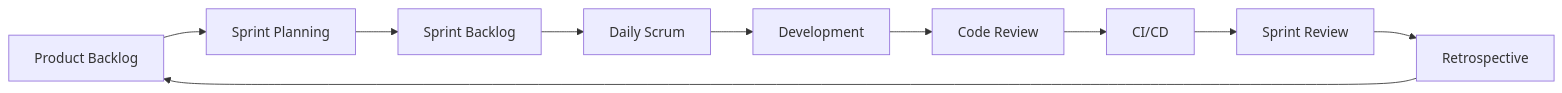
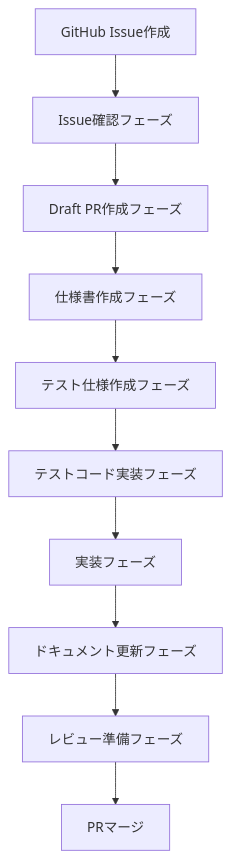
One commit to itdojp/ITDO_ERP2 changed the second of 3 diagrams in docs/design/07_開発計画書.md. Above: the diagram before and after it, drawn with Mermaid. The commit also changed other lines of this file and 5 other files, not shown here.

````diff
--- a/docs/design/07_開発計画書.md
+++ b/docs/design/07_開発計画書.md
@@ -205,12 +209,12 @@
 ```mermaid
-graph LR
-    A[Product Backlog] --> B[Sprint Planning]
-    B --> C[Sprint Backlog]
-    C --> D[Daily Scrum]
-    D --> E[Development]
-    E --> F[Code Review]
-    F --> G[CI/CD]
-    G --> H[Sprint Review]
-    H --> I[Retrospective]
-    I --> A
+graph TD
+    A[GitHub Issue作成] --> B[Issue確認フェーズ]
+    B --> C[Draft PR作成フェーズ]
+    C --> D[仕様書作成フェーズ]
+    D --> E[テスト仕様作成フェーズ]
+    E --> F[テストコード実装フェーズ]
+    F --> G[実装フェーズ]
+    G --> H[ドキュメント更新フェーズ]
+    H --> I[レビュー準備フェーズ]
+    I --> J[PRマージ]
 ```
````
